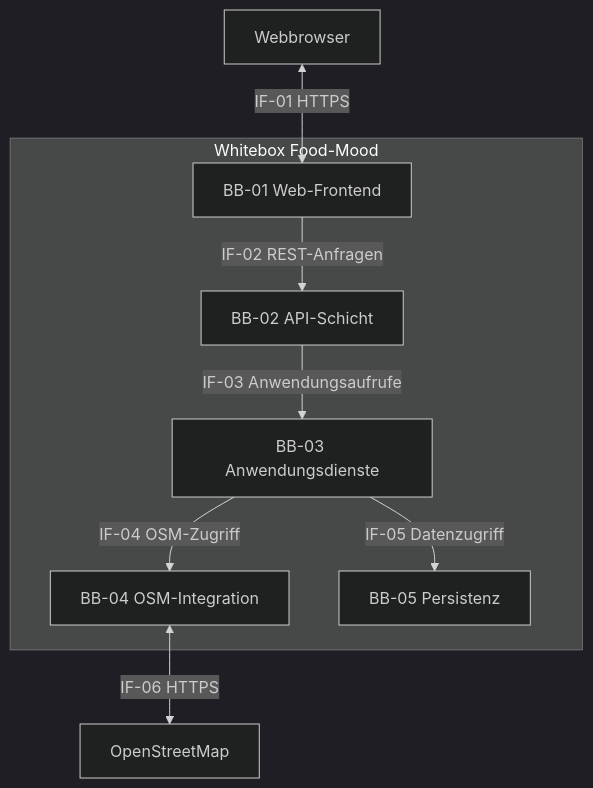
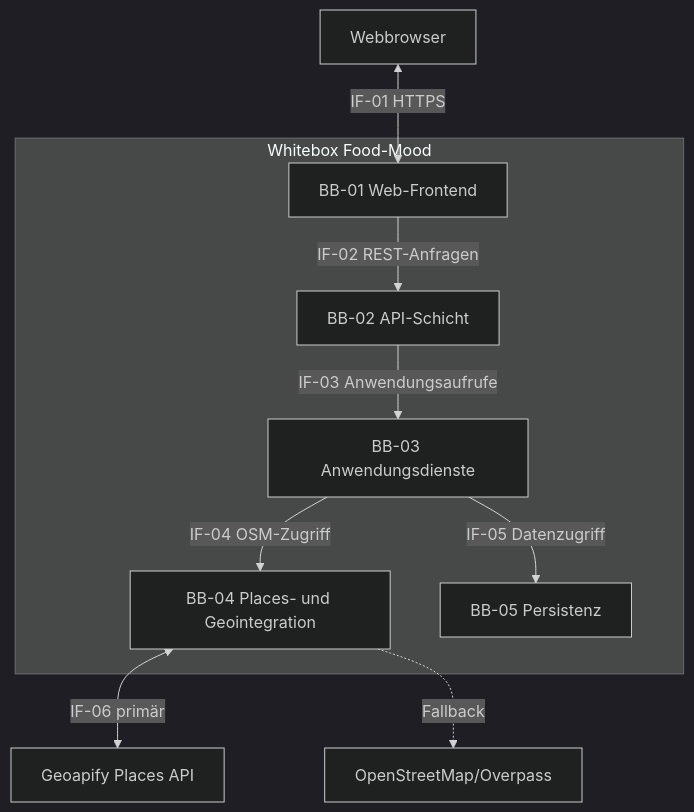
The first of 4 diagrams in docs/arch/A05-Bausteinsicht.md (ahil-trq/thm_wk-1106_food-mood), drawn with Mermaid (dark theme) before and after one commit. The commit also changed other lines of this file and 14 other files, not shown here.

````diff
--- a/docs/arch/A05-Bausteinsicht.md
+++ b/docs/arch/A05-Bausteinsicht.md
@@ -30,22 +30,24 @@
 ```mermaid
 flowchart TD
     browser["Webbrowser"]
 
     subgraph foodmood["Whitebox Food-Mood"]
         frontend["BB-01 Web-Frontend"]
         api["BB-02 API-Schicht"]
         services["BB-03 Anwendungsdienste"]
-        osmAdapter["BB-04 OSM-Integration"]
+        osmAdapter["BB-04 Places- und Geointegration"]
         persistence["BB-05 Persistenz"]
 
         frontend -->|IF-02 REST-Anfragen| api
         api -->|IF-03 Anwendungsaufrufe| services
         services -->|IF-04 OSM-Zugriff| osmAdapter
         services -->|IF-05 Datenzugriff| persistence
     end
 
-    osm["OpenStreetMap"]
+    geoapify["Geoapify Places API"]
+    osm["OpenStreetMap/Overpass"]
 
     browser <-->|IF-01 HTTPS| frontend
-    osmAdapter <-->|IF-06 HTTPS| osm
+    osmAdapter <-->|IF-06 primär| geoapify
+    osmAdapter -.->|Fallback| osm
 ```
````
